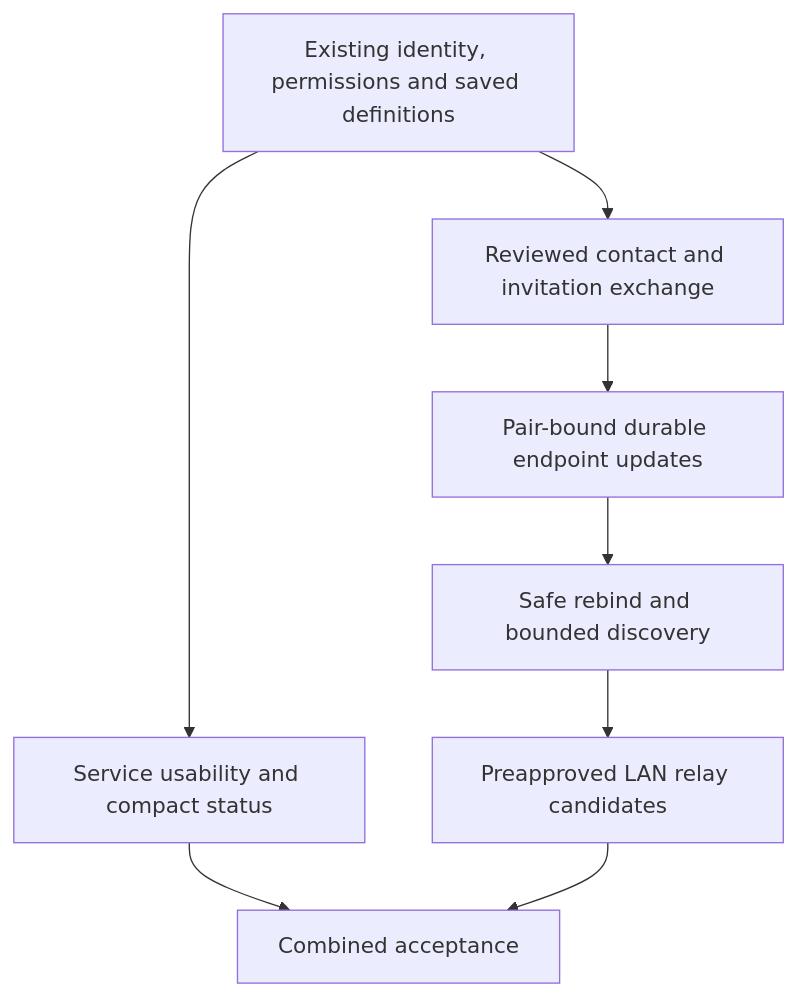
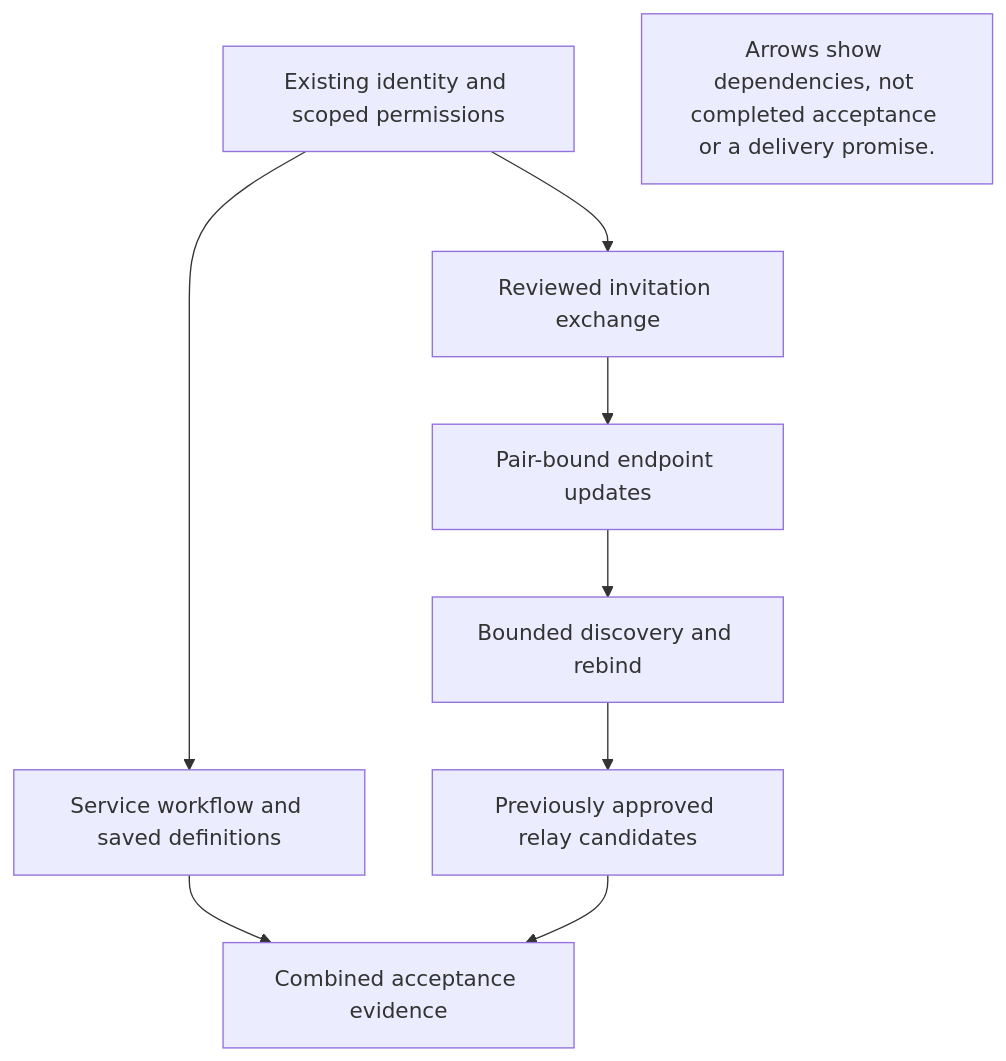
Before and after one commit to webkaz-labs/sobalink: the diagram in docs/CONVENIENCE_PLAN.en.md, drawn with Mermaid. The commit also changed 238 other files, not shown here.

First line of the commit message:
docs: explain workflows with distinct diagrams and real screen examples (#60)

````diff
--- a/docs/CONVENIENCE_PLAN.en.md
+++ b/docs/CONVENIENCE_PLAN.en.md
@@ -67,10 +67,14 @@
 ```mermaid
 flowchart TD
-    A["Existing identity, permissions and saved definitions"] --> B["Service usability and compact status"]
-    A --> C["Reviewed contact and invitation exchange"]
-    C --> D["Pair-bound durable endpoint updates"]
-    D --> E["Safe rebind and bounded discovery"]
-    E --> F["Preapproved LAN relay candidates"]
-    B --> G["Combined acceptance"]
-    F --> G
+ accTitle: Dependencies of the convenience plan
+ accDescr: Arrows show dependencies, not completed acceptance or a delivery promise.
+ A["Existing identity and scoped permissions"] --> B["Service workflow and saved definitions"]
+ A --> C["Reviewed invitation exchange"]
+ C --> D["Pair-bound endpoint updates"]
+ D --> E["Bounded discovery and rebind"]
+ E --> F["Previously approved relay candidates"]
+ B --> G["Combined acceptance evidence"]
+ F --> G
+
+ LIMIT["Arrows show dependencies, not completed acceptance or a delivery promise."]
 ```
````
